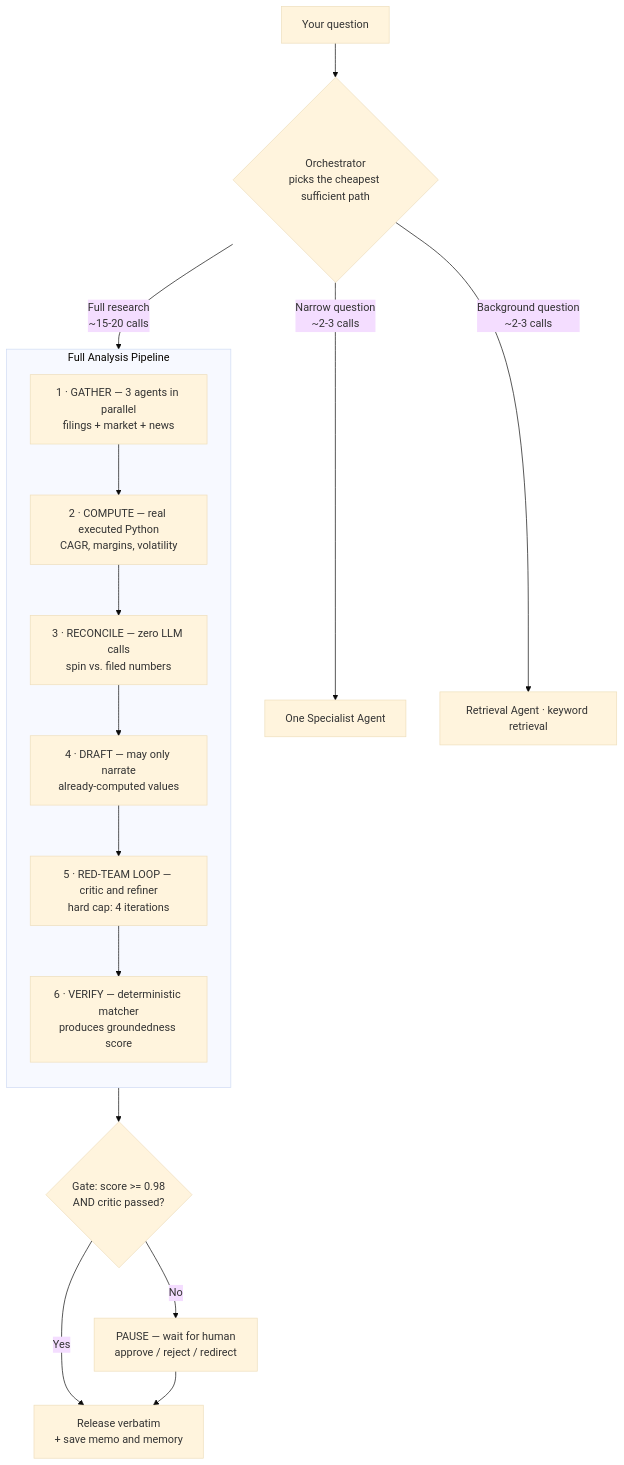
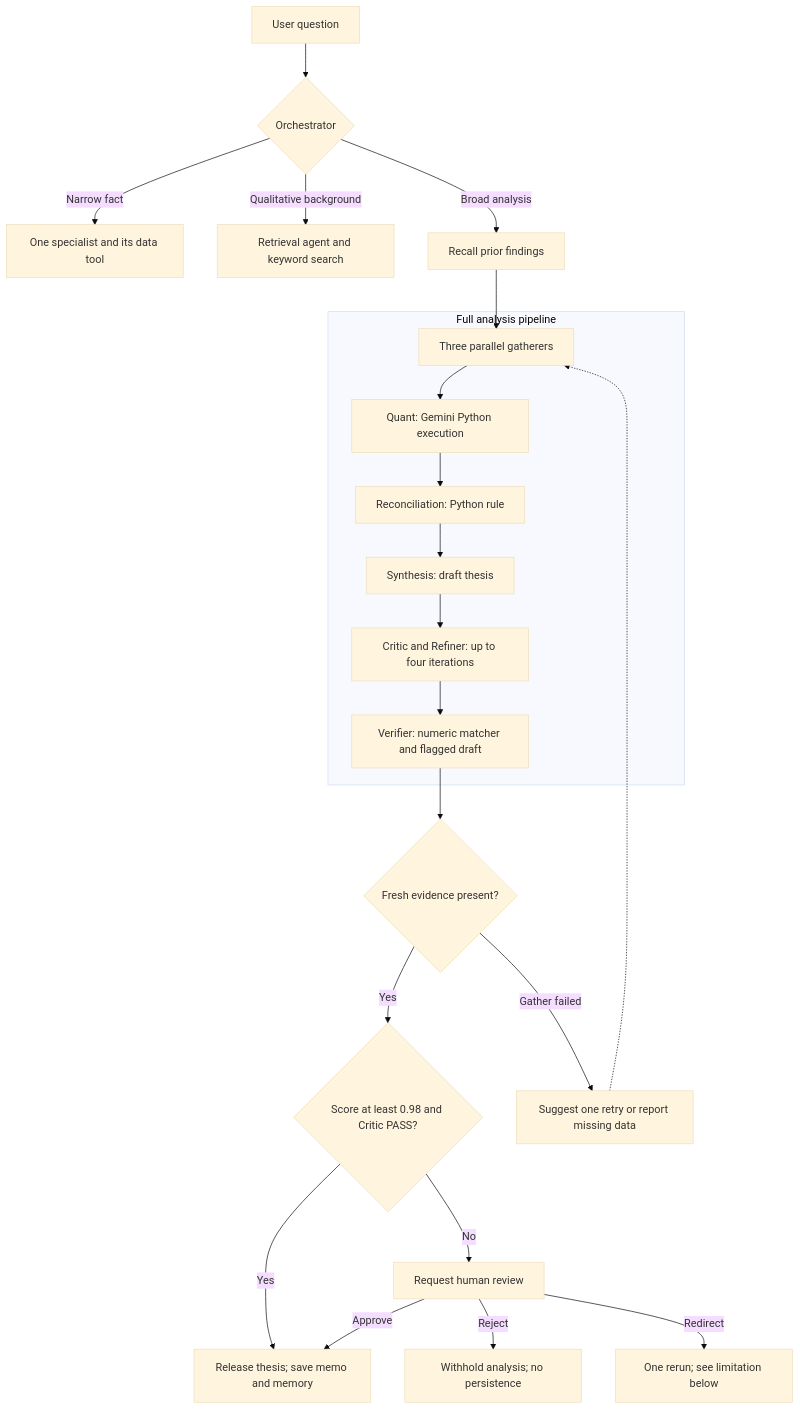
The diagram in README.md (RishabhCodezZz/ARGUS), drawn with Mermaid (base theme) before and after one commit. The commit also changed other lines of this file, not shown here.

Commit message:
docs: align README with implemented pipeline and measured results

````diff
--- a/README.md
+++ b/README.md
@@ -144,21 +51,24 @@
 ```mermaid
 flowchart TD
-    U[Your question] --> O{Orchestrator<br/>picks the cheapest sufficient path}
-    O -->|"Narrow question<br/>~2-3 calls"| S[One Specialist Agent]
-    O -->|"Background question<br/>~2-3 calls"| R[Retrieval Agent · keyword retrieval]
-    O -->|"Full research<br/>~15-20 calls"| G
-
-    subgraph PIPE [Full Analysis Pipeline]
-        direction TB
-        G["1 · GATHER — 3 agents in parallel<br/>filings + market + news"] --> Q["2 · COMPUTE — real executed Python<br/>CAGR, margins, volatility"]
-        Q --> RC["3 · RECONCILE — zero LLM calls<br/>spin vs. filed numbers"]
-        RC --> SY["4 · DRAFT — may only narrate<br/>already-computed values"]
-        SY --> CR["5 · RED-TEAM LOOP — critic and refiner<br/>hard cap: 4 iterations"]
-        CR --> V["6 · VERIFY — deterministic matcher<br/>produces groundedness score"]
+    U[User question] --> O{Orchestrator}
+    O -->|Narrow fact| N[One specialist and its data tool]
+    O -->|Qualitative background| R[Retrieval agent and keyword search]
+    O -->|Broad analysis| MEM[Recall prior findings]
+    MEM --> G
+    subgraph PIPE [Full analysis pipeline]
+        G[Three parallel gatherers] --> Q[Quant: Gemini Python execution]
+        Q --> RC[Reconciliation: Python rule]
+        RC --> S[Synthesis: draft thesis]
+        S --> CR[Critic and Refiner: up to four iterations]
+        CR --> V[Verifier: numeric matcher and flagged draft]
     end
-
-    V --> H{"Gate: score >= 0.98<br/>AND critic passed?"}
-    H -->|Yes| M[Release verbatim<br/>+ save memo and memory]
-    H -->|No| HU["PAUSE — wait for human<br/>approve / reject / redirect"]
-    HU --> M
+    V --> GS{Fresh evidence present?}
+    GS -->|Yes| H{Score at least 0.98 and Critic PASS?}
+    GS -->|Gather failed| RT[Suggest one retry or report missing data]
+    RT -.-> G
+    H -->|Yes| A[Release thesis; save memo and memory]
+    H -->|No| HU[Request human review]
+    HU -->|Approve| A
+    HU -->|Reject| X[Withhold analysis; no persistence]
+    HU -->|Redirect| RD[One rerun; see limitation below]
 ```
````
